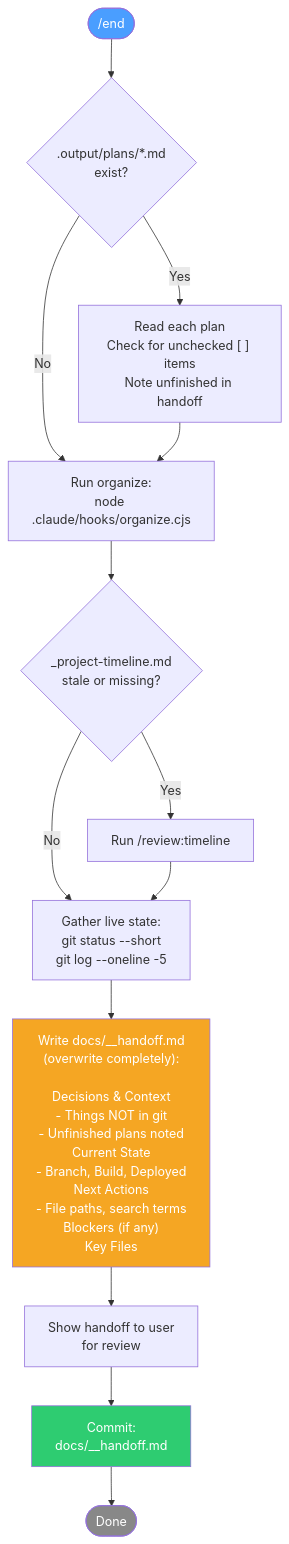
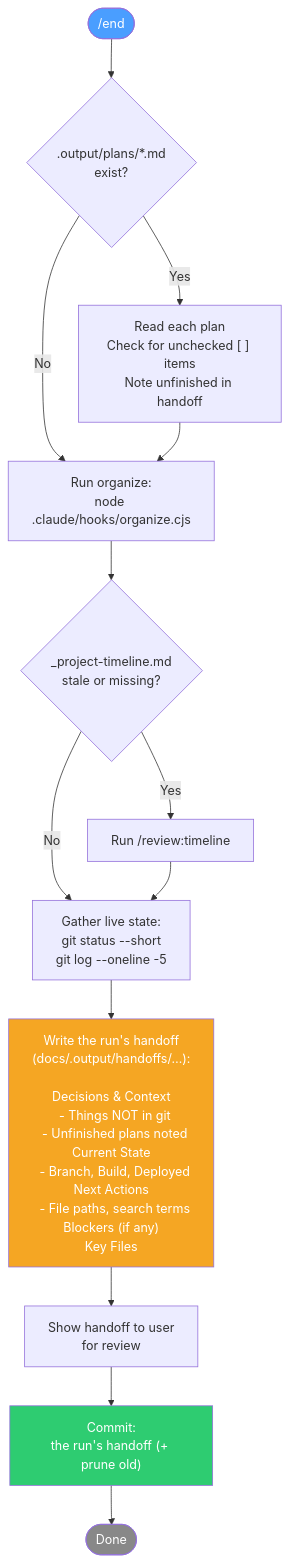
One commit to Domdhi/Agents.Domdhi changed diagram 18 of 37 in docs/reference/commands.md. Above: the diagram before and after it, drawn with Mermaid. The commit also changed other lines of this file and 10 other files, not shown here.

````diff
--- a/docs/reference/commands.md
+++ b/docs/reference/commands.md
@@ -884,26 +884,26 @@
 ```mermaid
 flowchart TD
     START(["/end"]) --> PLANS{.output/plans/*.md\nexist?}
     PLANS -->|Yes| READ_PLANS["Read each plan\nCheck for unchecked [ ] items\nNote unfinished in handoff"]
     PLANS -->|No| ORGANIZE
 
     READ_PLANS --> ORGANIZE["Run organize:\nnode .claude/hooks/organize.cjs"]
 
     ORGANIZE --> TIMELINE{_project-timeline.md\nstale or missing?}
     TIMELINE -->|Yes| UPDATE_TL["Run /review:timeline"]
     TIMELINE -->|No| GATHER
     UPDATE_TL --> GATHER
 
     GATHER["Gather live state:\ngit status --short\ngit log --oneline -5"]
 
-    GATHER --> WRITE["Write docs/__handoff.md\n(overwrite completely):\n\nDecisions & Context\n  - Things NOT in git\n  - Unfinished plans noted\nCurrent State\n  - Branch, Build, Deployed\nNext Actions\n  - File paths, search terms\nBlockers (if any)\nKey Files"]
+    GATHER --> WRITE["Write the run's handoff\n(docs/.output/handoffs/…):\n\nDecisions & Context\n  - Things NOT in git\n  - Unfinished plans noted\nCurrent State\n  - Branch, Build, Deployed\nNext Actions\n  - File paths, search terms\nBlockers (if any)\nKey Files"]
 
     WRITE --> SHOW["Show handoff to user\nfor review"]
-    SHOW --> COMMIT["Commit:\ndocs/__handoff.md"]
+    SHOW --> COMMIT["Commit:\nthe run's handoff (+ prune old)"]
     COMMIT --> DONE(["Done"])
 
     style START fill:#4a9eff,color:#fff
     style WRITE fill:#f5a623,color:#fff
     style COMMIT fill:#2ecc71,color:#fff
     style DONE fill:#888,color:#fff
 ```
````
